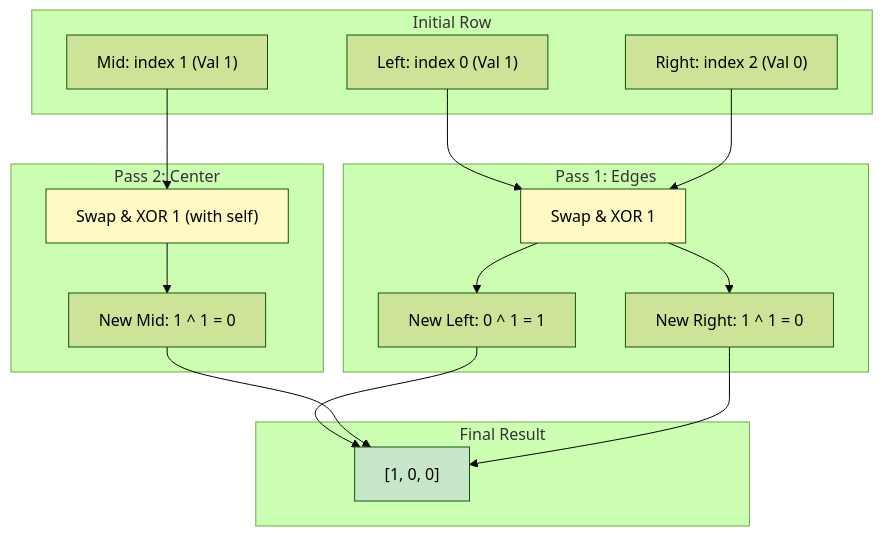
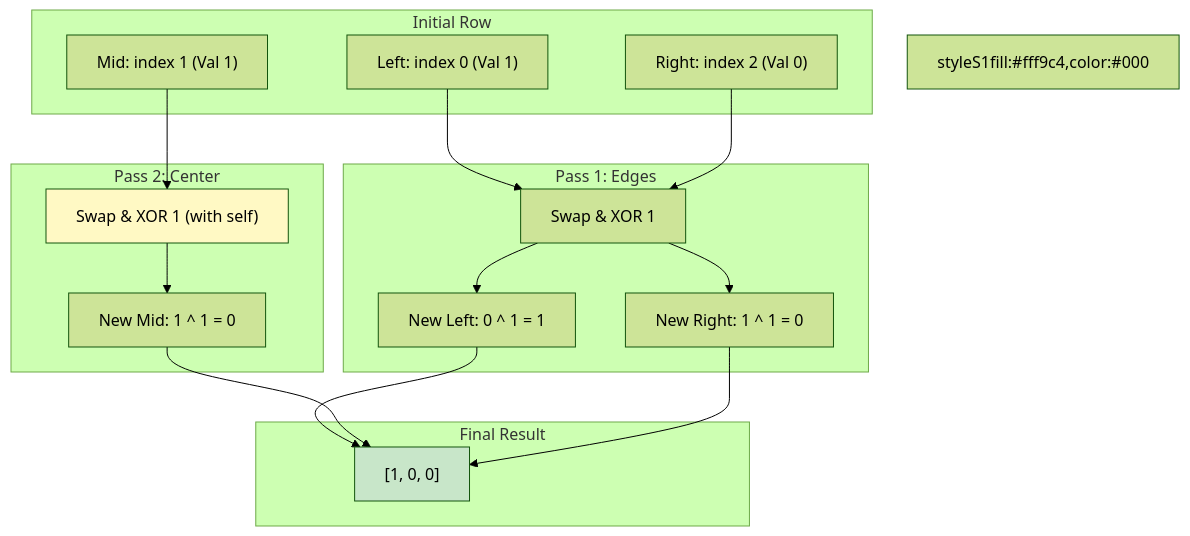
Before and after one commit to vadde/DSA: the diagram in 18 - Bitwise XOR/problem_04_flip_and_invert_an_image_walkthrough.md, drawn with Mermaid (forest theme). The commit also changed 245 other files, not shown here.

First line of the commit message:
fix: Forensic fix of all Mermaid rendering issues across entire DSA repo + add pre-commit validation infrastructure

````diff
--- a/18 - Bitwise XOR/problem_04_flip_and_invert_an_image_walkthrough.md
+++ b/18 - Bitwise XOR/problem_04_flip_and_invert_an_image_walkthrough.md
@@ -71,39 +71,39 @@
 ```mermaid
 flowchart TD
-    subgraph Initial Row
+    subgraph InitialRow [Initial Row]
         L1["Left: index 0 (Val 1)"]
         M1["Mid: index 1 (Val 1)"]
         R1["Right: index 2 (Val 0)"]
     end
     
-    subgraph Pass 1: Edges
+    subgraph Pass1Edges ["Pass 1: Edges"]
         S1["Swap & XOR 1"]
         L2["New Left: 0 ^ 1 = 1"]
         R2["New Right: 1 ^ 1 = 0"]
     end
     
-    subgraph Pass 2: Center
+    subgraph Pass2Center ["Pass 2: Center"]
         S2["Swap & XOR 1 (with self)"]
         M2["New Mid: 1 ^ 1 = 0"]
     end
     
-    subgraph Final Result
+    subgraph FinalResult [Final Result]
         F1["[1, 0, 0]"]
     end
-    
-    L1 --> S1
-    R1 --> S1
+
+L1 --> S1
+R1 --> S1
     S1 --> L2
-    S1 --> R2
+S1 --> R2
     
     M1 --> S2
-    S2 --> M2
+S2 --> M2
     
     L2 --> F1
-    M2 --> F1
+M2 --> F1
     R2 --> F1
-    
-    style S1 fill:#fff9c4,color:#000
+
+styleS1fill:#fff9c4,color:#000
     style S2 fill:#fff9c4,color:#000
     style F1 fill:#c8e6c9,color:#000
 ```
````
